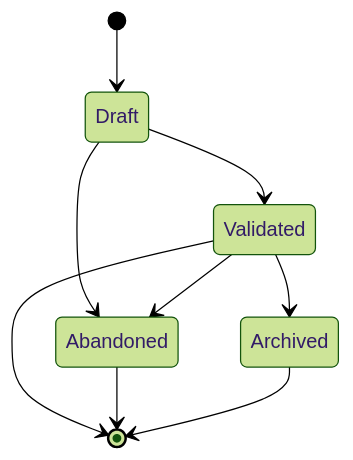
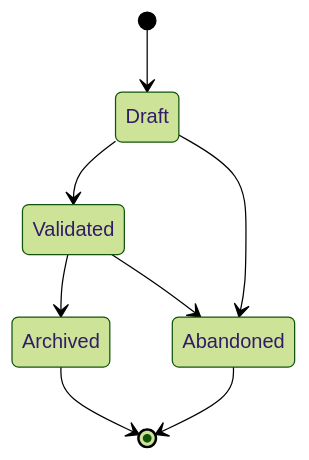
One commit to cristoslc/LLM-personal-agent-patterns changed the second of 8 diagrams in L3-agents-standalone/.agents/skills/spec-management/SKILL.md. Above: the diagram before and after it, drawn with Mermaid (forest theme).

Commit message:
fix: make Validated non-terminal in Journey lifecycle
Validated journeys end via Archived (no longer relevant) or Abandoned
(intentionally dropped), not as a terminal state.

````diff
--- a/L3-agents-standalone/.agents/skills/spec-management/SKILL.md
+++ b/L3-agents-standalone/.agents/skills/spec-management/SKILL.md
@@ -97,11 +97,10 @@
 ```mermaid
 stateDiagram-v2
     [*] --> Draft
     Draft --> Validated
-    Validated --> [*]
     Draft --> Abandoned
+    Validated --> Archived
     Validated --> Abandoned
-    Validated --> Archived
+    Archived --> [*]
     Abandoned --> [*]
-    Archived --> [*]
 ```
````
